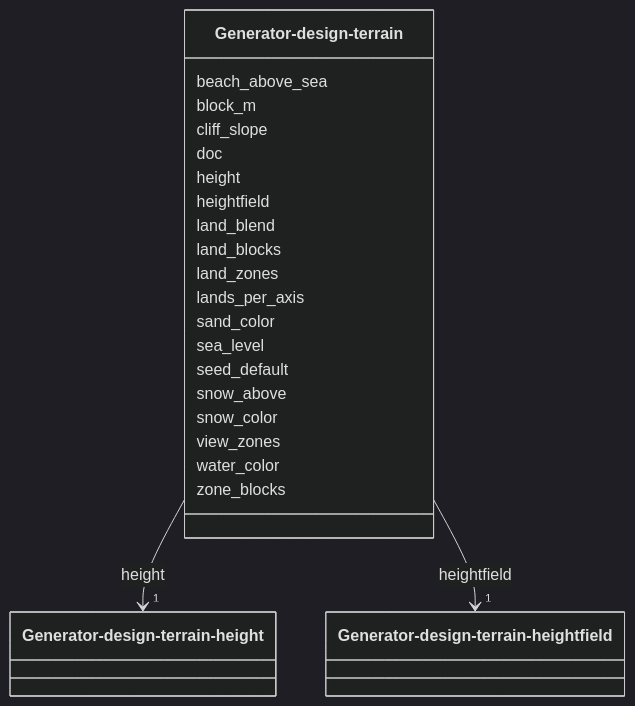
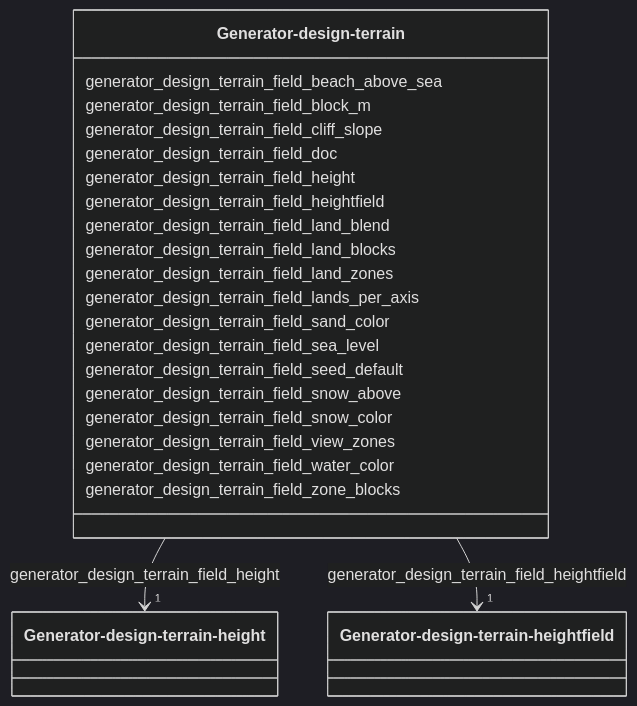
The diagram in docs/ontology/mermaid/classes/generator-design-terrain.mmd (M4jor-Tom/pixlnd.game), drawn with Mermaid (dark theme) before and after one commit. The commit also changed 84 other files, not shown here.

Commit message:
refactor(ontology): split generator schema modules within the size cap

```diff
--- a/docs/ontology/mermaid/classes/generator-design-terrain.mmd
+++ b/docs/ontology/mermaid/classes/generator-design-terrain.mmd
@@ -1,25 +1,25 @@
  classDiagram
     class `Generator-design-terrain`
     click `Generator-design-terrain` href "../Generator-design-terrain"
-      `Generator-design-terrain` : beach_above_sea
-      `Generator-design-terrain` : block_m
-      `Generator-design-terrain` : cliff_slope
-      `Generator-design-terrain` : doc
-      `Generator-design-terrain` : height
-        `Generator-design-terrain` --> "1" `Generator-design-terrain-height` : height
+      `Generator-design-terrain` : generator_design_terrain_field_beach_above_sea
+      `Generator-design-terrain` : generator_design_terrain_field_block_m
+      `Generator-design-terrain` : generator_design_terrain_field_cliff_slope
+      `Generator-design-terrain` : generator_design_terrain_field_doc
+      `Generator-design-terrain` : generator_design_terrain_field_height
+        `Generator-design-terrain` --> "1" `Generator-design-terrain-height` : generator_design_terrain_field_height
         click `Generator-design-terrain-height` href "../Generator-design-terrain-height"
-      `Generator-design-terrain` : heightfield
-        `Generator-design-terrain` --> "1" `Generator-design-terrain-heightfield` : heightfield
+      `Generator-design-terrain` : generator_design_terrain_field_heightfield
+        `Generator-design-terrain` --> "1" `Generator-design-terrain-heightfield` : generator_design_terrain_field_heightfield
         click `Generator-design-terrain-heightfield` href "../Generator-design-terrain-heightfield"
-      `Generator-design-terrain` : land_blend
-      `Generator-design-terrain` : land_blocks
-      `Generator-design-terrain` : land_zones
-      `Generator-design-terrain` : lands_per_axis
-      `Generator-design-terrain` : sand_color
-      `Generator-design-terrain` : sea_level
-      `Generator-design-terrain` : seed_default
-      `Generator-design-terrain` : snow_above
-      `Generator-design-terrain` : snow_color
-      `Generator-design-terrain` : view_zones
-      `Generator-design-terrain` : water_color
-      `Generator-design-terrain` : zone_blocks
+      `Generator-design-terrain` : generator_design_terrain_field_land_blend
+      `Generator-design-terrain` : generator_design_terrain_field_land_blocks
+      `Generator-design-terrain` : generator_design_terrain_field_land_zones
+      `Generator-design-terrain` : generator_design_terrain_field_lands_per_axis
+      `Generator-design-terrain` : generator_design_terrain_field_sand_color
+      `Generator-design-terrain` : generator_design_terrain_field_sea_level
+      `Generator-design-terrain` : generator_design_terrain_field_seed_default
+      `Generator-design-terrain` : generator_design_terrain_field_snow_above
+      `Generator-design-terrain` : generator_design_terrain_field_snow_color
+      `Generator-design-terrain` : generator_design_terrain_field_view_zones
+      `Generator-design-terrain` : generator_design_terrain_field_water_color
+      `Generator-design-terrain` : generator_design_terrain_field_zone_blocks
```
